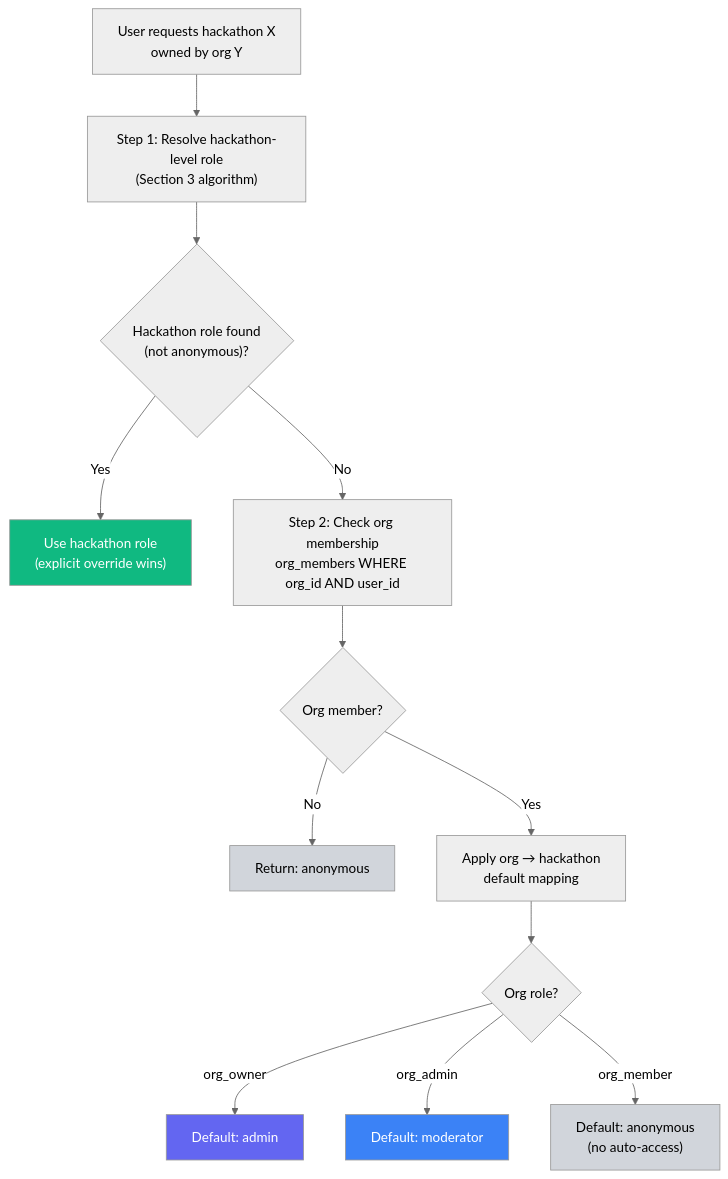
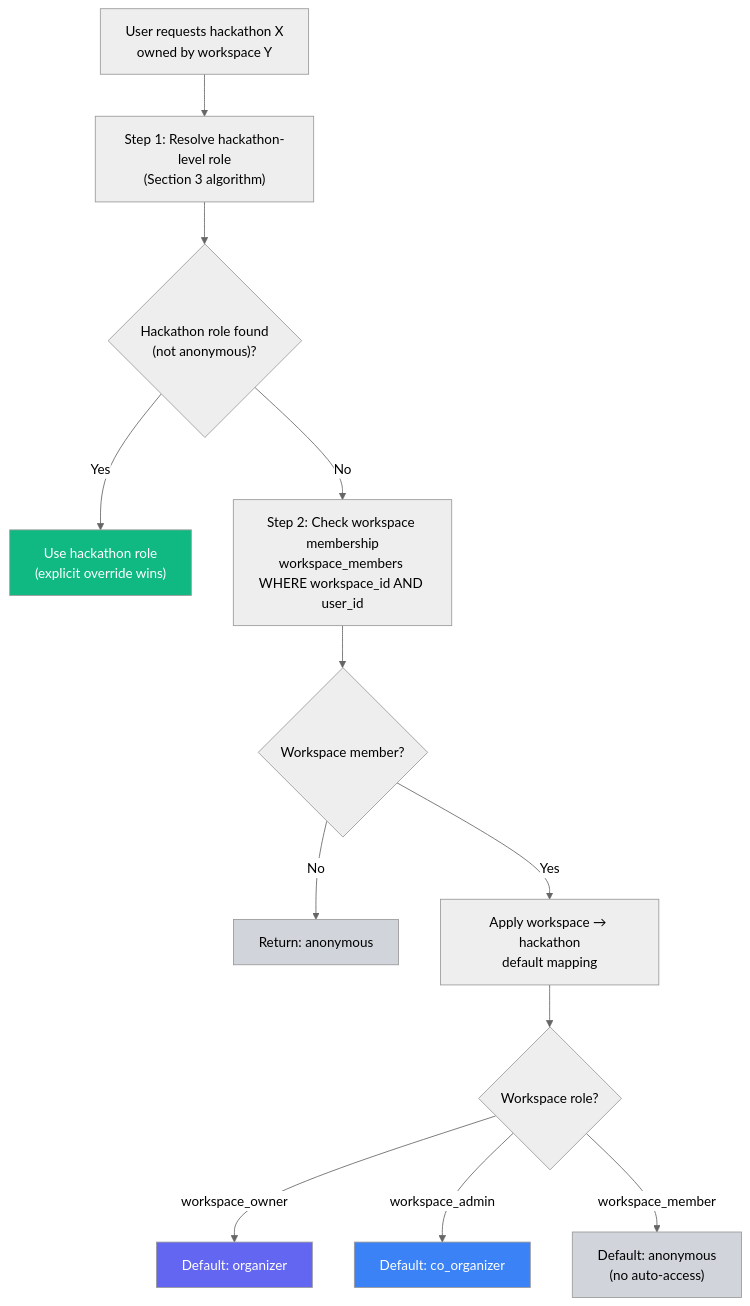
The third of 8 diagrams in docs/v3/planned/roles-permissions.md (devangshupandey2025-stack/DevSage), drawn with Mermaid (neutral theme) before and after one commit. The commit also changed other lines of this file, not shown here.

````diff
--- a/docs/v3/planned/roles-permissions.md
+++ b/docs/v3/planned/roles-permissions.md
@@ -310,20 +200,20 @@
 ```mermaid
 flowchart TD
-    A["User requests hackathon X<br/>owned by org Y"] --> B["Step 1: Resolve hackathon-level role<br/>(Section 3 algorithm)"]
+    A["User requests hackathon X<br/>owned by workspace Y"] --> B["Step 1: Resolve hackathon-level role<br/>(Section 3 algorithm)"]
     B --> C{"Hackathon role found<br/>(not anonymous)?"}
     C -->|Yes| D["Use hackathon role<br/>(explicit override wins)"]
-    C -->|No| E["Step 2: Check org membership<br/>org_members WHERE org_id AND user_id"]
-    E --> F{"Org member?"}
+    C -->|No| E["Step 2: Check workspace membership<br/>workspace_members WHERE workspace_id AND user_id"]
+    E --> F{"Workspace member?"}
     F -->|No| G["Return: anonymous"]
-    F -->|Yes| H["Apply org → hackathon<br/>default mapping"]
-    H --> I{"Org role?"}
-    I -->|org_owner| J["Default: admin"]
-    I -->|org_admin| K["Default: moderator"]
-    I -->|org_member| L["Default: anonymous<br/>(no auto-access)"]
+    F -->|Yes| H["Apply workspace → hackathon<br/>default mapping"]
+    H --> I{"Workspace role?"}
+    I -->|workspace_owner| J["Default: organizer"]
+    I -->|workspace_admin| K["Default: co_organizer"]
+    I -->|workspace_member| L["Default: anonymous<br/>(no auto-access)"]
 
     style D fill:#10b981,color:#fff
     style G fill:#d1d5db,color:#000
     style J fill:#6366f1,color:#fff
     style K fill:#3b82f6,color:#fff
     style L fill:#d1d5db,color:#000
 ```
````
